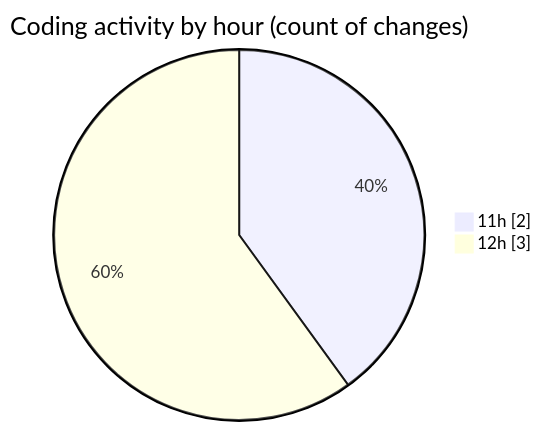
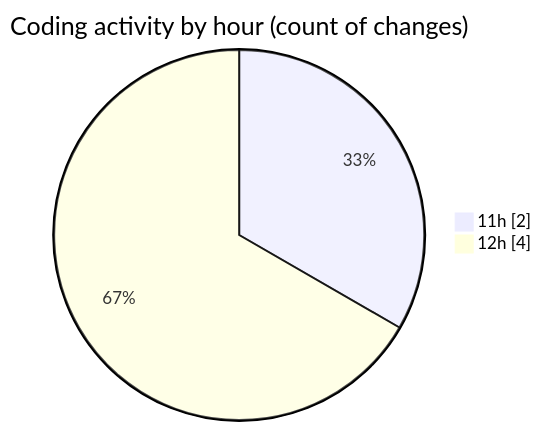
One commit to nxtqubesakshisongat/code-tracking changed the second of 2 diagrams in 2025-12-28/nxtqube_webapp/README.md. Above: the diagram before and after it, drawn with Mermaid. The commit also changed other lines of this file and 1 other file, not shown here.

````diff
--- a/2025-12-28/nxtqube_webapp/README.md
+++ b/2025-12-28/nxtqube_webapp/README.md
@@ -31,6 +32,6 @@
 ```mermaid
 pie showData
 title Coding activity by hour (count of changes)
 "11h" : 2
-"12h" : 3
+"12h" : 4
 ```
````
